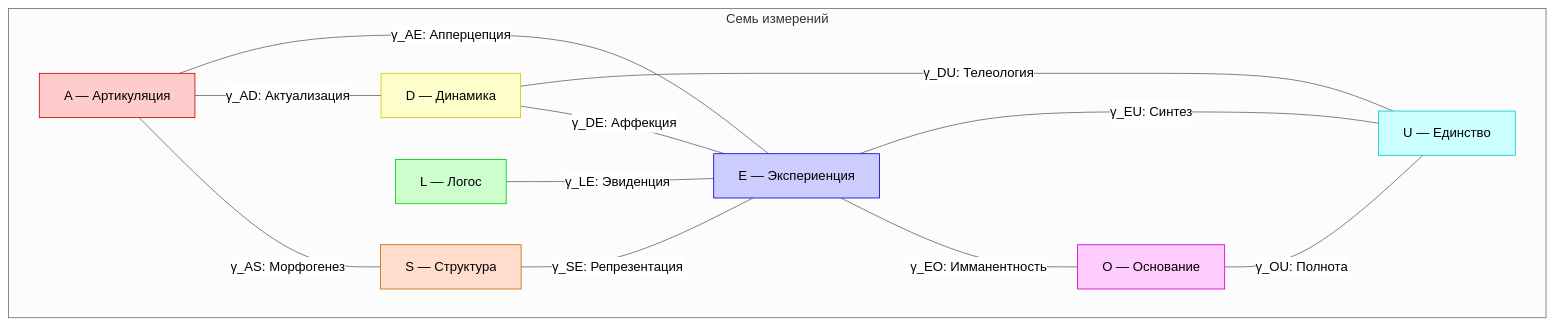
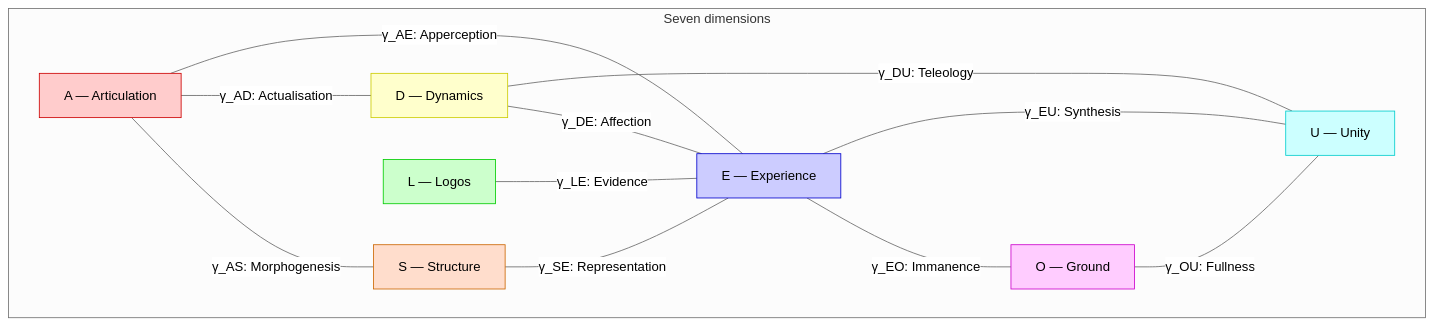
Before and after one commit to gst-st/uhm: the first of 2 diagrams in website/docs/consciousness/phenomenology/qualia-structure.md, drawn with Mermaid (neutral theme). The commit also changed other lines of this file and 79 other files, not shown here.

````diff
--- a/website/docs/consciousness/phenomenology/qualia-structure.md
+++ b/website/docs/consciousness/phenomenology/qualia-structure.md
@@ -100,31 +100,31 @@
 ```mermaid
 graph TB
-    subgraph dims["Семь измерений"]
-        A["A — Артикуляция"]
-        S["S — Структура"]
-        D["D — Динамика"]
-        L["L — Логос"]
-        E["E — Экспериенция"]
-        O["O — Основание"]
-        U["U — Единство"]
+    subgraph dims["Seven dimensions"]
+        A["A — Articulation"]
+        S["S — Structure"]
+        D["D — Dynamics"]
+        L["L — Logos"]
+        E["E — Experience"]
+        O["O — Ground"]
+        U["U — Unity"]
     end
 
-    A ---|"γ_AS: Морфогенез"| S
-    A ---|"γ_AD: Актуализация"| D
-    A ---|"γ_AE: Апперцепция"| E
-    S ---|"γ_SE: Репрезентация"| E
-    D ---|"γ_DE: Аффекция"| E
-    D ---|"γ_DU: Телеология"| U
-    E ---|"γ_EO: Имманентность"| O
-    E ---|"γ_EU: Синтез"| U
-    O ---|"γ_OU: Полнота"| U
-    L ---|"γ_LE: Эвиденция"| E
+    A ---|"γ_AS: Morphogenesis"| S
+    A ---|"γ_AD: Actualisation"| D
+    A ---|"γ_AE: Apperception"| E
+    S ---|"γ_SE: Representation"| E
+    D ---|"γ_DE: Affection"| E
+    D ---|"γ_DU: Teleology"| U
+    E ---|"γ_EO: Immanence"| O
+    E ---|"γ_EU: Synthesis"| U
+    O ---|"γ_OU: Fullness"| U
+    L ---|"γ_LE: Evidence"| E
 
     style A fill:#ffcccc,stroke:#cc0000
     style S fill:#ffddcc,stroke:#cc6600
     style D fill:#ffffcc,stroke:#cccc00
     style L fill:#ccffcc,stroke:#00cc00
     style E fill:#ccccff,stroke:#0000cc
     style O fill:#ffccff,stroke:#cc00cc
     style U fill:#ccffff,stroke:#00cccc
 ```
````
